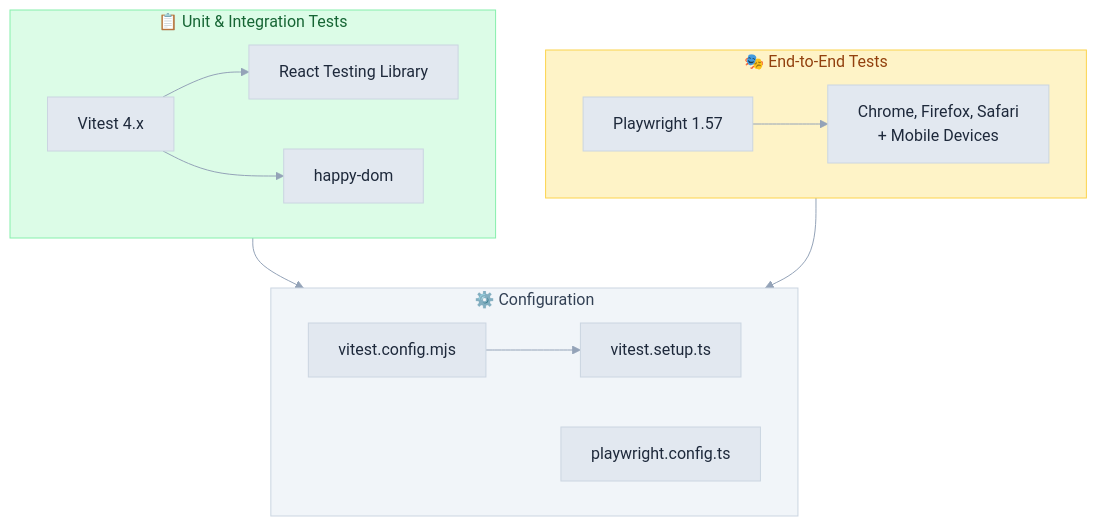
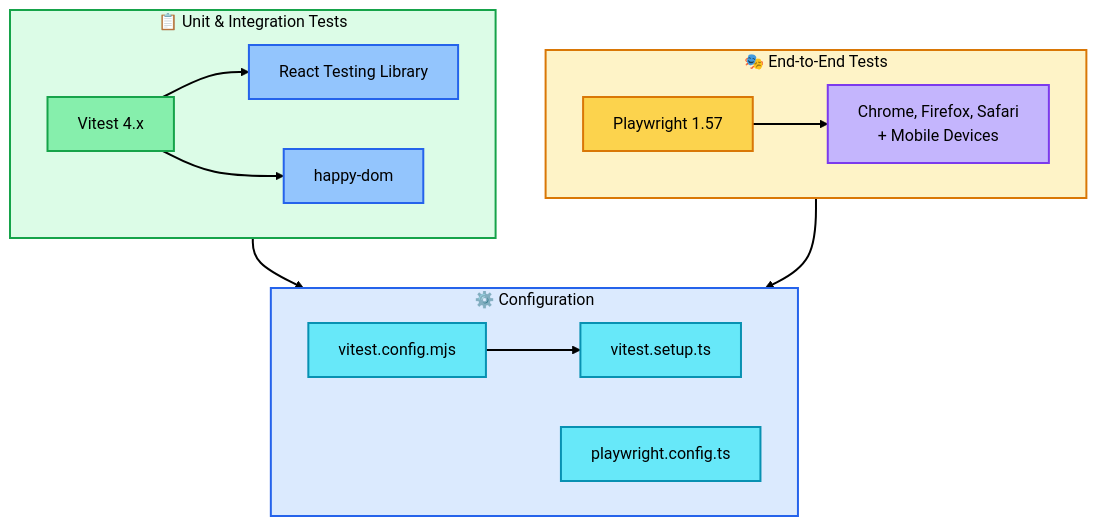
The diagram in doc/testing_overview.md (3DHDSoft/devmultiplier-academy), drawn with Mermaid before and after one commit. The commit also changed 17 other files, not shown here.

````diff
--- a/doc/testing_overview.md
+++ b/doc/testing_overview.md
@@ -7,40 +7,52 @@
 ```mermaid
 %%{init: {'theme': 'base', 'themeVariables': {
-  'primaryColor': '#e2e8f0',
-  'primaryTextColor': '#1e293b',
-  'primaryBorderColor': '#cbd5e1',
-  'lineColor': '#94a3b8',
-  'secondaryColor': '#f1f5f9',
-  'tertiaryColor': '#f8fafc',
+  'primaryColor': '#f8fafc',
+  'primaryTextColor': '#000000',
+  'primaryBorderColor': '#2563eb',
+  'lineColor': '#000000',
+  'secondaryColor': '#fafafa',
+  'tertiaryColor': '#f5f5f5',
   'background': '#ffffff',
-  'textColor': '#334155',
+  'textColor': '#000000',
+  'edgeLabelBackground': '#f1f5f9',
   'fontFamily': 'system-ui, -apple-system, sans-serif'
-}}}%%graph TB
+}}}%%
+graph TB
     subgraph Unit["📋 Unit & Integration Tests"]
         Vitest["Vitest 4.x"]
         RTL["React Testing Library"]
         HappyDOM["happy-dom"]
         Vitest --> RTL
         Vitest --> HappyDOM
     end
 
     subgraph E2E["🎭 End-to-End Tests"]
         Playwright["Playwright 1.57"]
         Browsers["Chrome, Firefox, Safari<br/>+ Mobile Devices"]
         Playwright --> Browsers
     end
 
     subgraph Config["⚙️ Configuration"]
         VitestConfig["vitest.config.mjs"]
         PlaywrightConfig["playwright.config.ts"]
         Setup["vitest.setup.ts"]
         VitestConfig --> Setup
     end
 
     Unit --> Config
     E2E --> Config
 
-    style Unit fill:#dcfce7,stroke:#86efac,color:#166534
-    style E2E fill:#fef3c7,stroke:#fcd34d,color:#92400e
-    style Config fill:#f1f5f9,stroke:#cbd5e1,color:#334155
+    style Unit fill:#dcfce7,stroke:#16a34a,stroke-width:2px,color:#000000
+    style E2E fill:#fef3c7,stroke:#d97706,stroke-width:2px,color:#000000
+    style Config fill:#dbeafe,stroke:#2563eb,stroke-width:2px,color:#000000
+    style Vitest fill:#86efac,stroke:#16a34a,color:#000000,stroke-width:2px
+    style RTL fill:#93c5fd,stroke:#2563eb,color:#000000,stroke-width:2px
+    style HappyDOM fill:#93c5fd,stroke:#2563eb,color:#000000,stroke-width:2px
+    style Playwright fill:#fcd34d,stroke:#d97706,color:#000000,stroke-width:2px
+    style Browsers fill:#c4b5fd,stroke:#7c3aed,color:#000000,stroke-width:2px
+    style VitestConfig fill:#67e8f9,stroke:#0891b2,color:#000000,stroke-width:2px
+    style PlaywrightConfig fill:#67e8f9,stroke:#0891b2,color:#000000,stroke-width:2px
+    style Setup fill:#67e8f9,stroke:#0891b2,color:#000000,stroke-width:2px
+
+    linkStyle default stroke:#000000,stroke-width:2px
 ```
````
